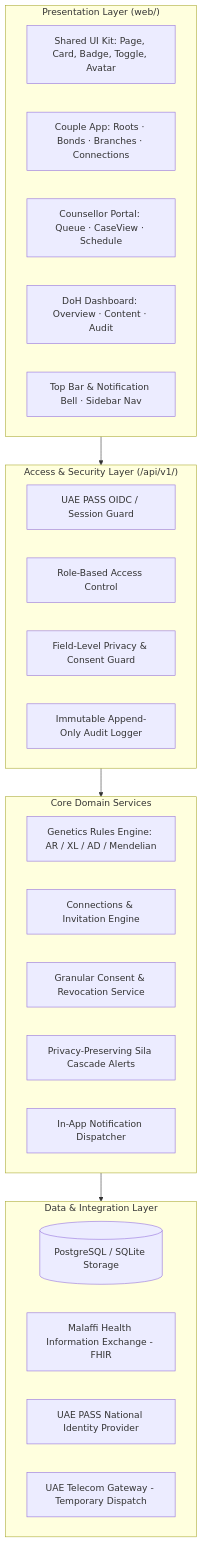
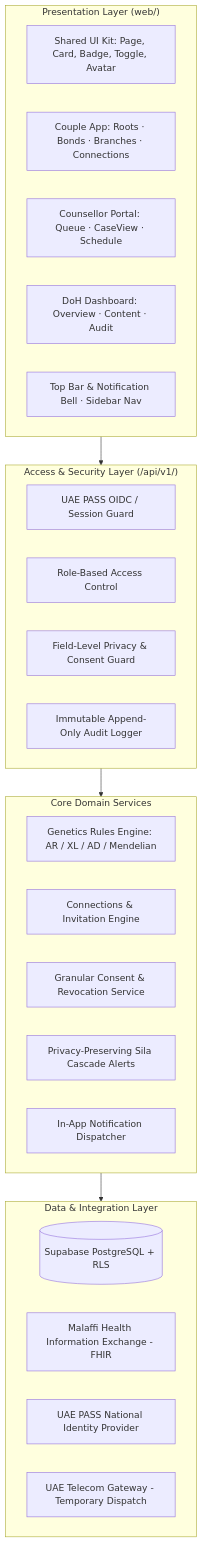
Before and after one commit to Noufalthecoder/DaNA: the diagram in docs/engineering/ARCHITECTURE.md, drawn with Mermaid. The commit also changed other lines of this file, not shown here.

Commit message:
docs: correct ARCHITECTURE.md storage (Postgres, not SQLite) and point to technical documentation

````diff
--- a/docs/engineering/ARCHITECTURE.md
+++ b/docs/engineering/ARCHITECTURE.md
@@ -15,36 +17,36 @@
 ```mermaid
 flowchart TD
     subgraph PresentationTier["Presentation Layer (web/)"]
         UI_Shared[Shared UI Kit: Page, Card, Badge, Toggle, Avatar]
         UI_Couple[Couple App: Roots · Bonds · Branches · Connections]
         UI_Counsellor[Counsellor Portal: Queue · CaseView · Schedule]
         UI_Admin[DoH Dashboard: Overview · Content · Audit]
         Nav[Top Bar & Notification Bell · Sidebar Nav]
     end
 
     subgraph AccessTier["Access & Security Layer (/api/v1/)"]
         Auth[UAE PASS OIDC / Session Guard]
         RBAC[Role-Based Access Control]
         FieldGuard[Field-Level Privacy & Consent Guard]
         AuditEngine[Immutable Append-Only Audit Logger]
     end
 
     subgraph ServiceTier["Core Domain Services"]
         GenEngine[Genetics Rules Engine: AR / XL / AD / Mendelian]
         ConnEngine[Connections & Invitation Engine]
         ConsentService[Granular Consent & Revocation Service]
         SilaEngine[Privacy-Preserving Sila Cascade Alerts]
         NotifService[In-App Notification Dispatcher]
     end
 
     subgraph PersistenceTier["Data & Integration Layer"]
-        DB[(PostgreSQL / SQLite Storage)]
+        DB[(Supabase PostgreSQL + RLS)]
         MalaffiAdapter[Malaffi Health Information Exchange - FHIR]
         UaePassAdapter[UAE PASS National Identity Provider]
         SMSAdapter[UAE Telecom Gateway - Temporary Dispatch]
     end
 
     PresentationTier --> AccessTier
     AccessTier --> ServiceTier
     ServiceTier --> PersistenceTier
 ```
````
